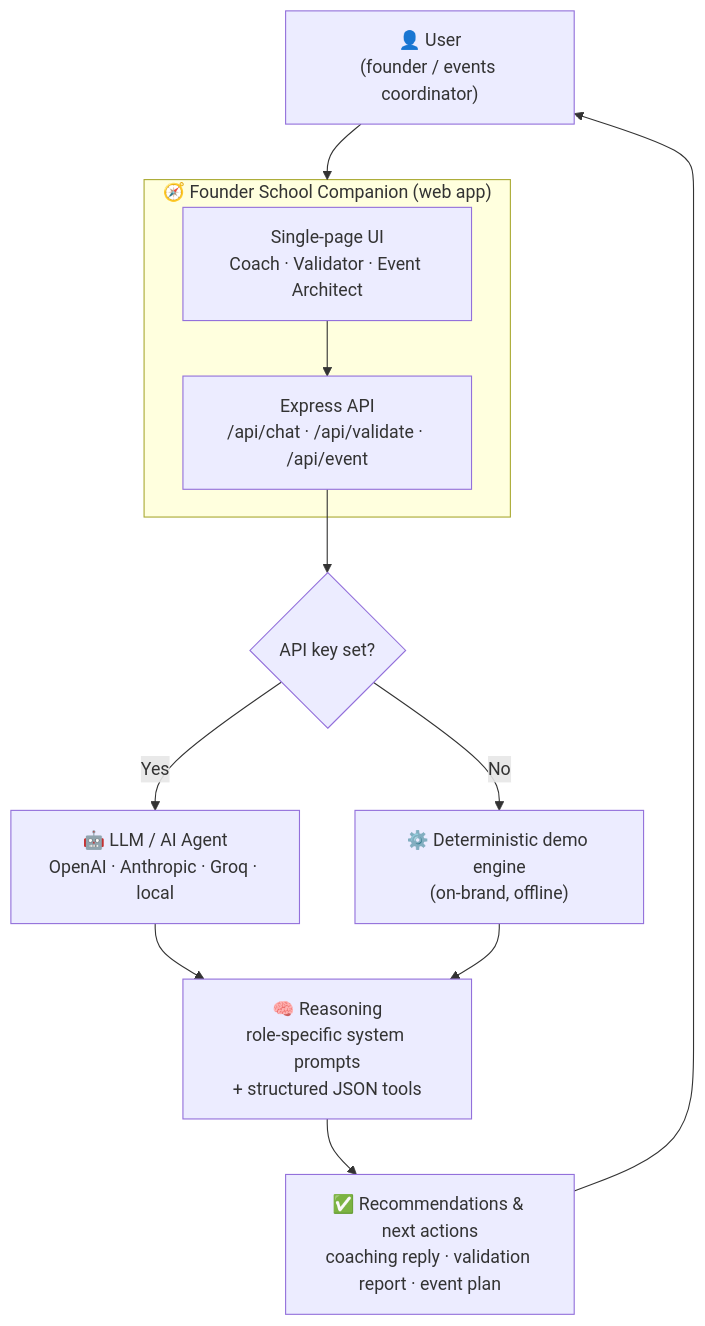
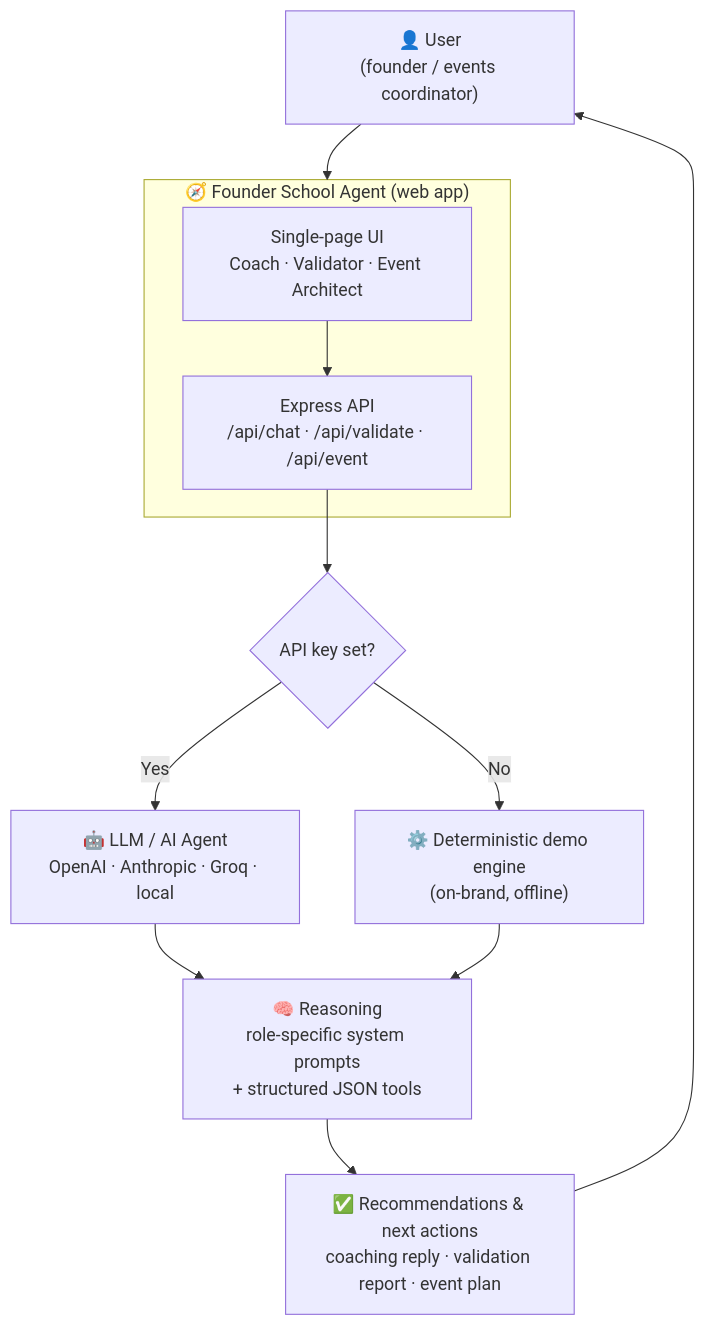
One commit to SaharPak/founder-school-agent changed the diagram in README.md. Above: the diagram before and after it, drawn with Mermaid. The commit also changed other lines of this file and 13 other files, not shown here.

Commit message:
Rename project to Founder School Agent and add demo video

````diff
--- a/README.md
+++ b/README.md
@@ -107,20 +107,20 @@
 ```mermaid
 flowchart TD
     U["👤 User<br/>(founder / events coordinator)"] --> APP
 
-    subgraph APP["🧭 Founder School Companion (web app)"]
+    subgraph APP["🧭 Founder School Agent (web app)"]
         UI["Single-page UI<br/>Coach · Validator · Event Architect"]
         API["Express API<br/>/api/chat · /api/validate · /api/event"]
         UI --> API
     end
 
     API --> ROUTER{"API key set?"}
     ROUTER -- "Yes" --> LLM["🤖 LLM / AI Agent<br/>OpenAI · Anthropic · Groq · local"]
     ROUTER -- "No" --> DEMO["⚙️ Deterministic demo engine<br/>(on-brand, offline)"]
 
     LLM --> REASON["🧠 Reasoning<br/>role-specific system prompts<br/>+ structured JSON tools"]
     DEMO --> REASON
 
     REASON --> OUT["✅ Recommendations & next actions<br/>coaching reply · validation report · event plan"]
     OUT --> U
 ```
````
